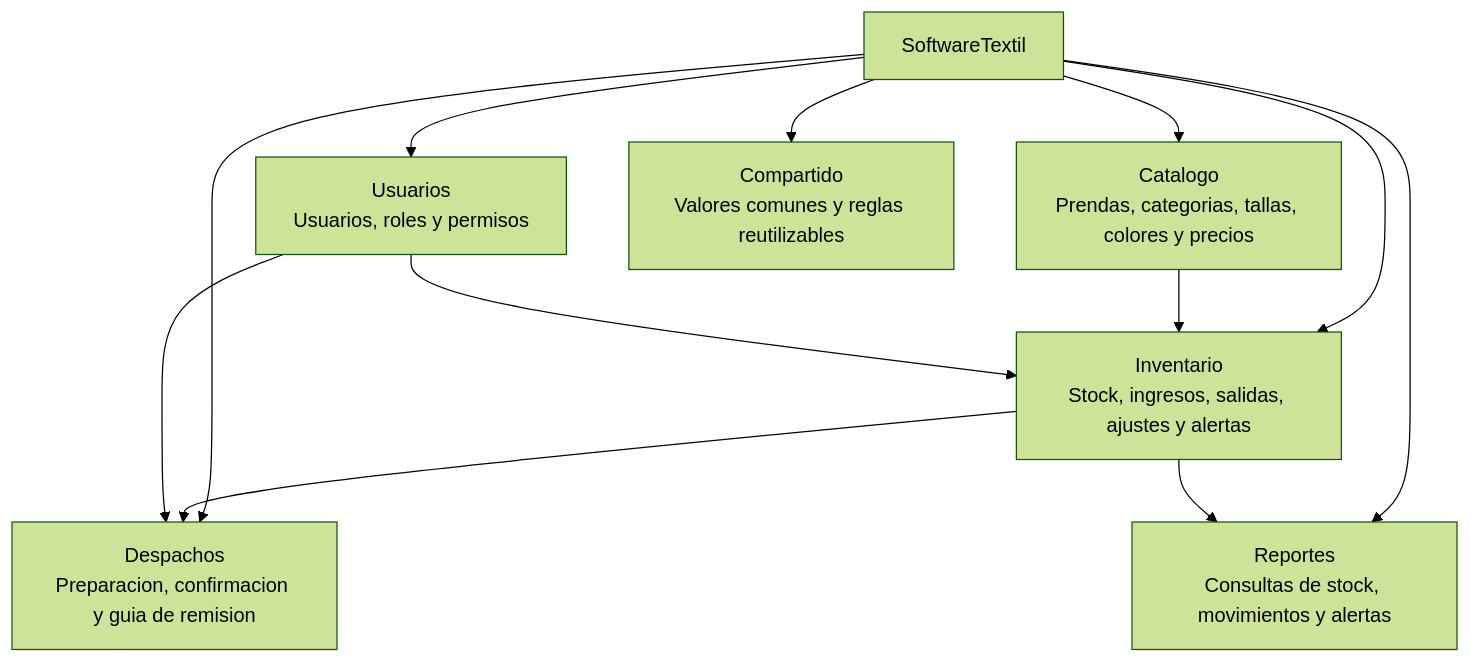
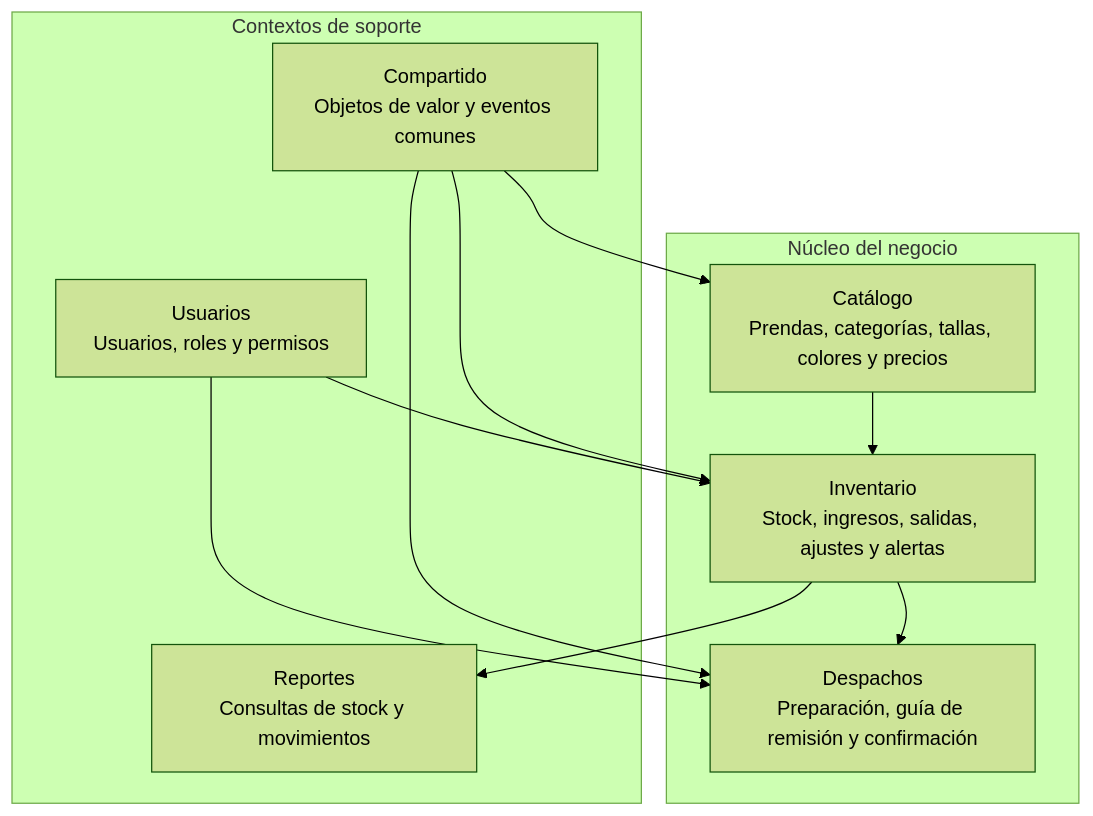
Before and after one commit to javierRock/SoftwareTextil: the fifth of 9 diagrams in README.md, drawn with Mermaid (forest theme). The commit also changed other lines of this file and 5 other files, not shown here.

Commit message:
docs: mejorar README y diagramas DDD

````diff
--- a/README.md
+++ b/README.md
@@ -283,24 +437,23 @@
 ```mermaid
 flowchart TB
-    Sistema["SoftwareTextil"]
+    subgraph Core["Núcleo del negocio"]
+        Catalogo["Catálogo\nPrendas, categorías, tallas, colores y precios"]
+        Inventario["Inventario\nStock, ingresos, salidas, ajustes y alertas"]
+        Despachos["Despachos\nPreparación, guía de remisión y confirmación"]
+    end
 
-    Catalogo["Catalogo\nPrendas, categorias, tallas, colores y precios"]
-    Inventario["Inventario\nStock, ingresos, salidas, ajustes y alertas"]
-    Despachos["Despachos\nPreparacion, confirmacion y guia de remision"]
-    Usuarios["Usuarios\nUsuarios, roles y permisos"]
-    Reportes["Reportes\nConsultas de stock, movimientos y alertas"]
-    Compartido["Compartido\nValores comunes y reglas reutilizables"]
-
-    Sistema --> Catalogo
-    Sistema --> Inventario
-    Sistema --> Despachos
-    Sistema --> Usuarios
-    Sistema --> Reportes
-    Sistema --> Compartido
+    subgraph Soporte["Contextos de soporte"]
+        Usuarios["Usuarios\nUsuarios, roles y permisos"]
+        Reportes["Reportes\nConsultas de stock y movimientos"]
+        Compartido["Compartido\nObjetos de valor y eventos comunes"]
+    end
 
     Catalogo --> Inventario
     Inventario --> Despachos
     Inventario --> Reportes
     Usuarios --> Inventario
     Usuarios --> Despachos
+    Compartido --> Catalogo
+    Compartido --> Inventario
+    Compartido --> Despachos
 ```
````
